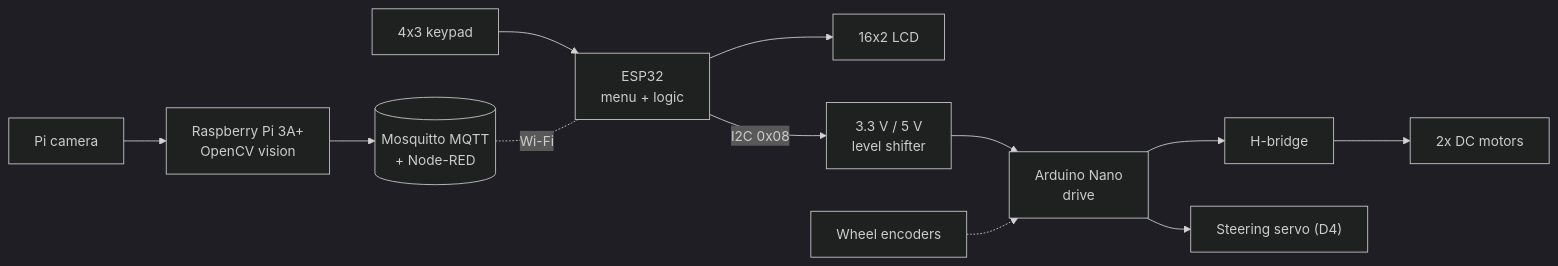
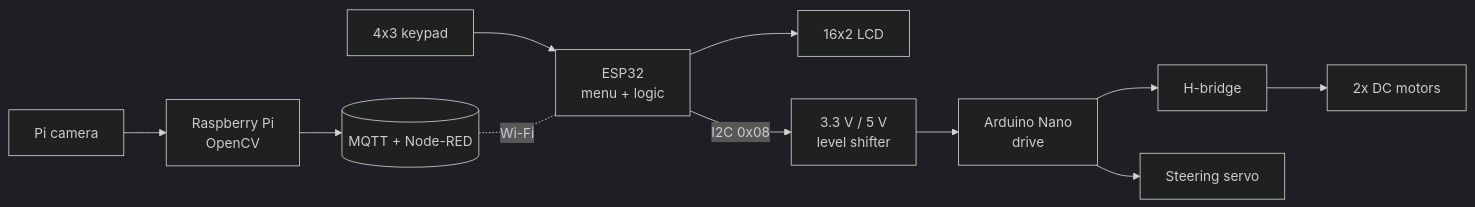
One commit to Onafuwadav/EEEBot changed the diagram in README.md. Above: the diagram before and after it, drawn with Mermaid (dark theme). The commit also changed other lines of this file, not shown here.

````diff
--- a/README.md
+++ b/README.md
@@ -39,12 +123,11 @@
 ```mermaid
 flowchart LR
   KP["4x3 keypad"] --> ESP["ESP32<br/>menu + logic"]
   ESP --> LCD["16x2 LCD"]
   ESP -- "I2C 0x08" --> LS["3.3 V / 5 V<br/>level shifter"] --> NANO["Arduino Nano<br/>drive"]
   NANO --> HB["H-bridge"] --> M["2x DC motors"]
-  NANO --> SERVO["Steering servo (D4)"]
-  ENC["Wheel encoders"] -.-> NANO
-  CAM["Pi camera"] --> PI["Raspberry Pi 3A+<br/>OpenCV vision"]
-  PI --> MQ[("Mosquitto MQTT<br/>+ Node-RED")]
+  NANO --> SERVO["Steering servo"]
+  CAM["Pi camera"] --> PI["Raspberry Pi<br/>OpenCV"]
+  PI --> MQ[("MQTT + Node-RED")]
   MQ -. "Wi-Fi" .- ESP
 ```
````
